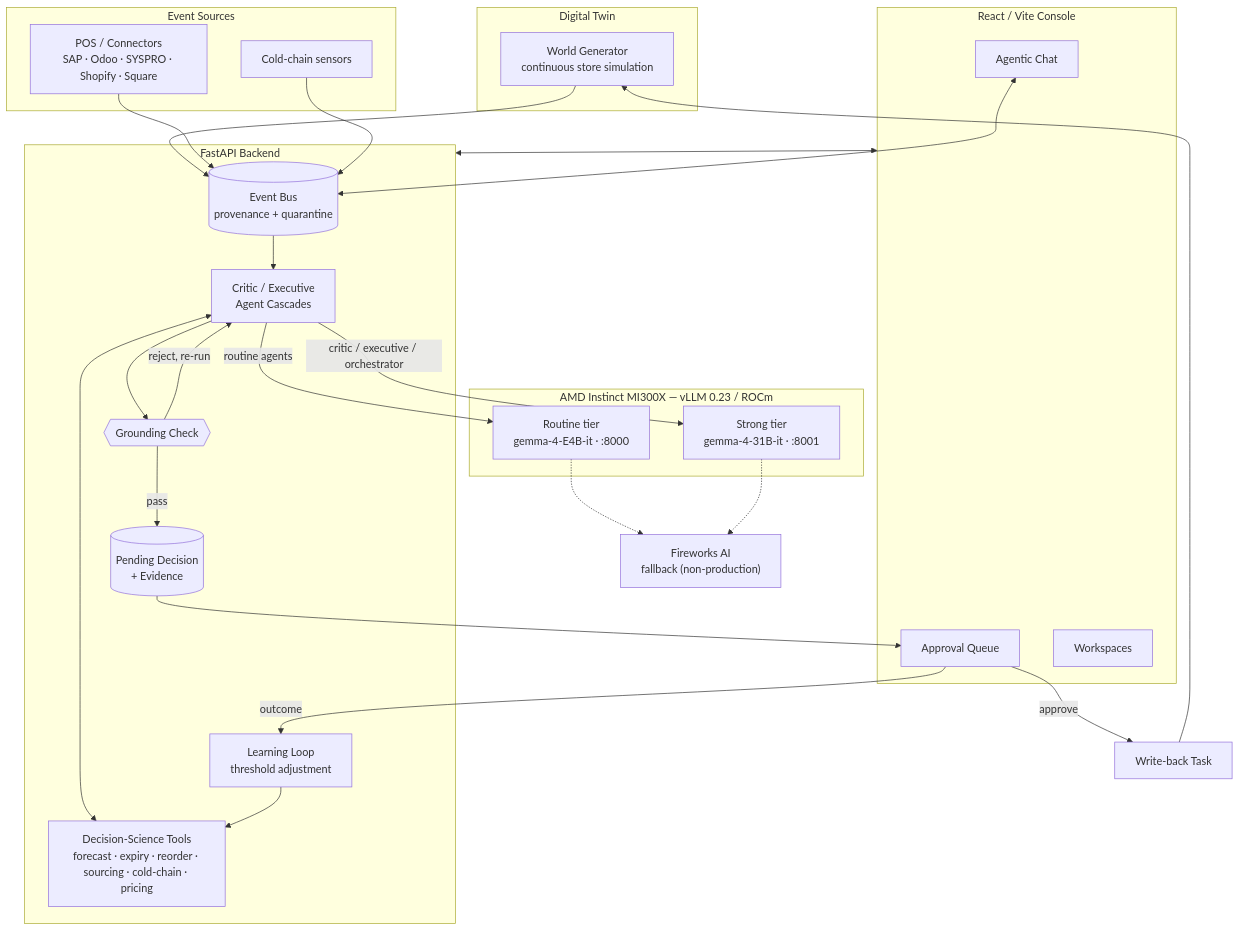
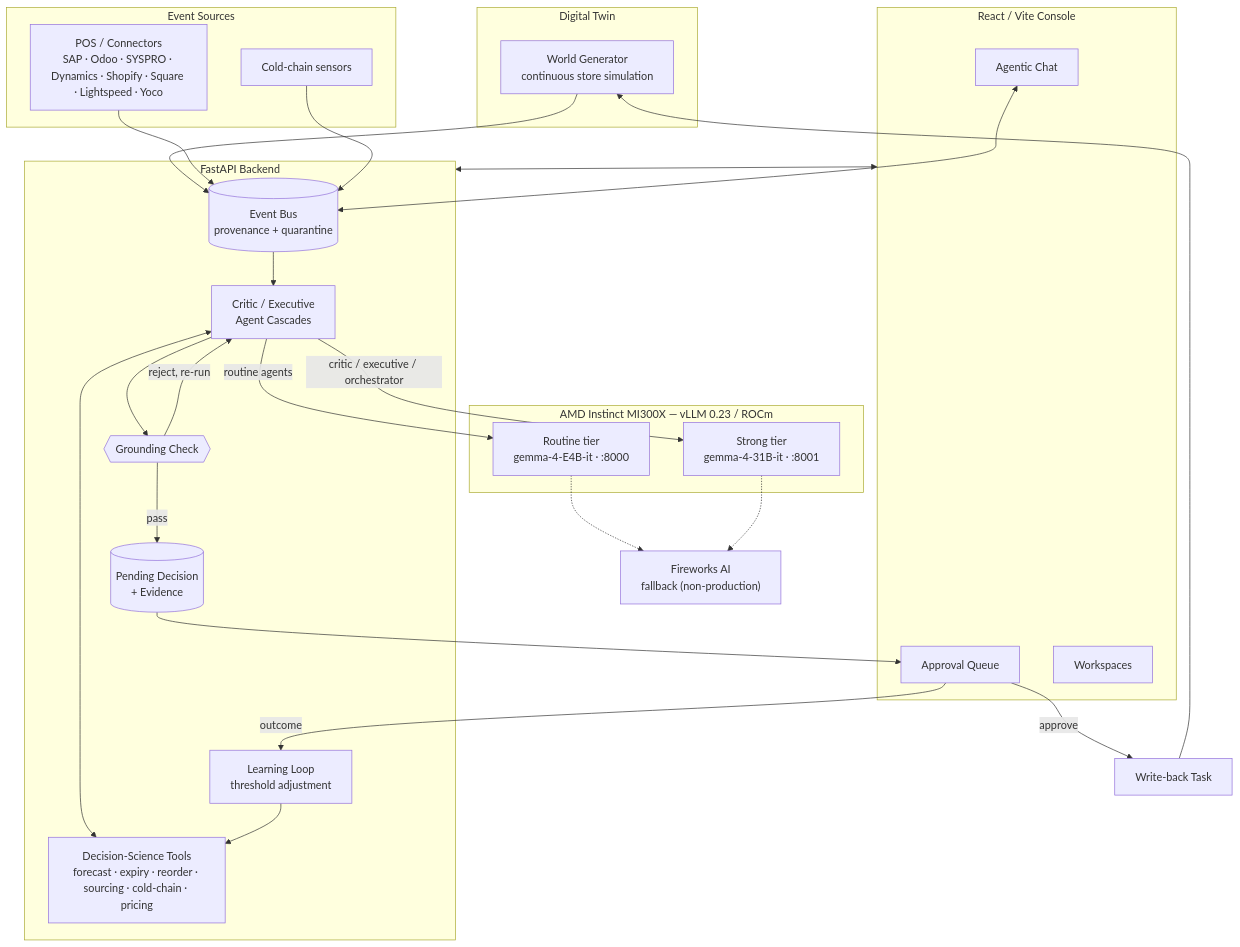
Before and after one commit to mrlucas679/shelfwise: the first of 6 diagrams in README.md, drawn with Mermaid. The commit also changed other lines of this file and 18 other files, not shown here.

Commit message:
feat: implement Dynamics and Yoco connector capabilities

````diff
--- a/README.md
+++ b/README.md
@@ -103,53 +103,53 @@
 ```mermaid
 flowchart TD
     subgraph TWIN["Digital Twin"]
         WG["World Generator<br/>continuous store simulation"]
     end
 
     subgraph SOURCES["Event Sources"]
-        POS["POS / Connectors<br/>SAP · Odoo · SYSPRO · Shopify · Square"]
+        POS["POS / Connectors<br/>SAP · Odoo · SYSPRO · Dynamics · Shopify · Square · Lightspeed · Yoco"]
         SENSOR["Cold-chain sensors"]
     end
 
     subgraph BACKEND["FastAPI Backend"]
         BUS[("Event Bus<br/>provenance + quarantine")]
         CASCADE["Critic / Executive<br/>Agent Cascades"]
         TOOLS["Decision-Science Tools<br/>forecast · expiry · reorder · sourcing · cold-chain · pricing"]
         GROUND{{"Grounding Check"}}
         DECISION[("Pending Decision<br/>+ Evidence")]
         LEARN["Learning Loop<br/>threshold adjustment"]
     end
 
     subgraph INFERENCE["AMD Instinct MI300X — vLLM 0.23 / ROCm"]
         E4B["Routine tier<br/>gemma-4-E4B-it · :8000"]
         B31["Strong tier<br/>gemma-4-31B-it · :8001"]
     end
 
     FIREWORKS["Fireworks AI<br/>fallback (non-production)"]
 
     subgraph CONSOLE["React / Vite Console"]
         CHAT["Agentic Chat"]
         QUEUE["Approval Queue"]
         WS["Workspaces"]
     end
 
     WG --> BUS
     POS --> BUS
     SENSOR --> BUS
     BUS --> CASCADE
     CASCADE <--> TOOLS
     CASCADE --> GROUND
     GROUND -->|reject, re-run| CASCADE
     GROUND -->|pass| DECISION
     CASCADE -->|routine agents| E4B
     CASCADE -->|critic / executive / orchestrator| B31
     E4B -.-> FIREWORKS
     B31 -.-> FIREWORKS
     DECISION --> QUEUE
     QUEUE -->|approve| WRITEBACK["Write-back Task"]
     QUEUE -->|outcome| LEARN
     LEARN --> TOOLS
     WRITEBACK --> WG
     CHAT <--> BUS
     CONSOLE <--> BACKEND
 ```
````
